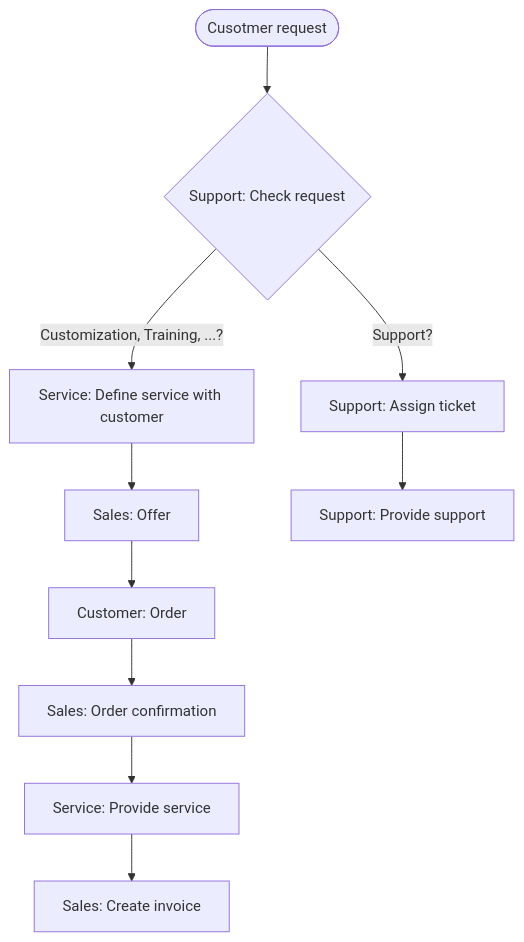
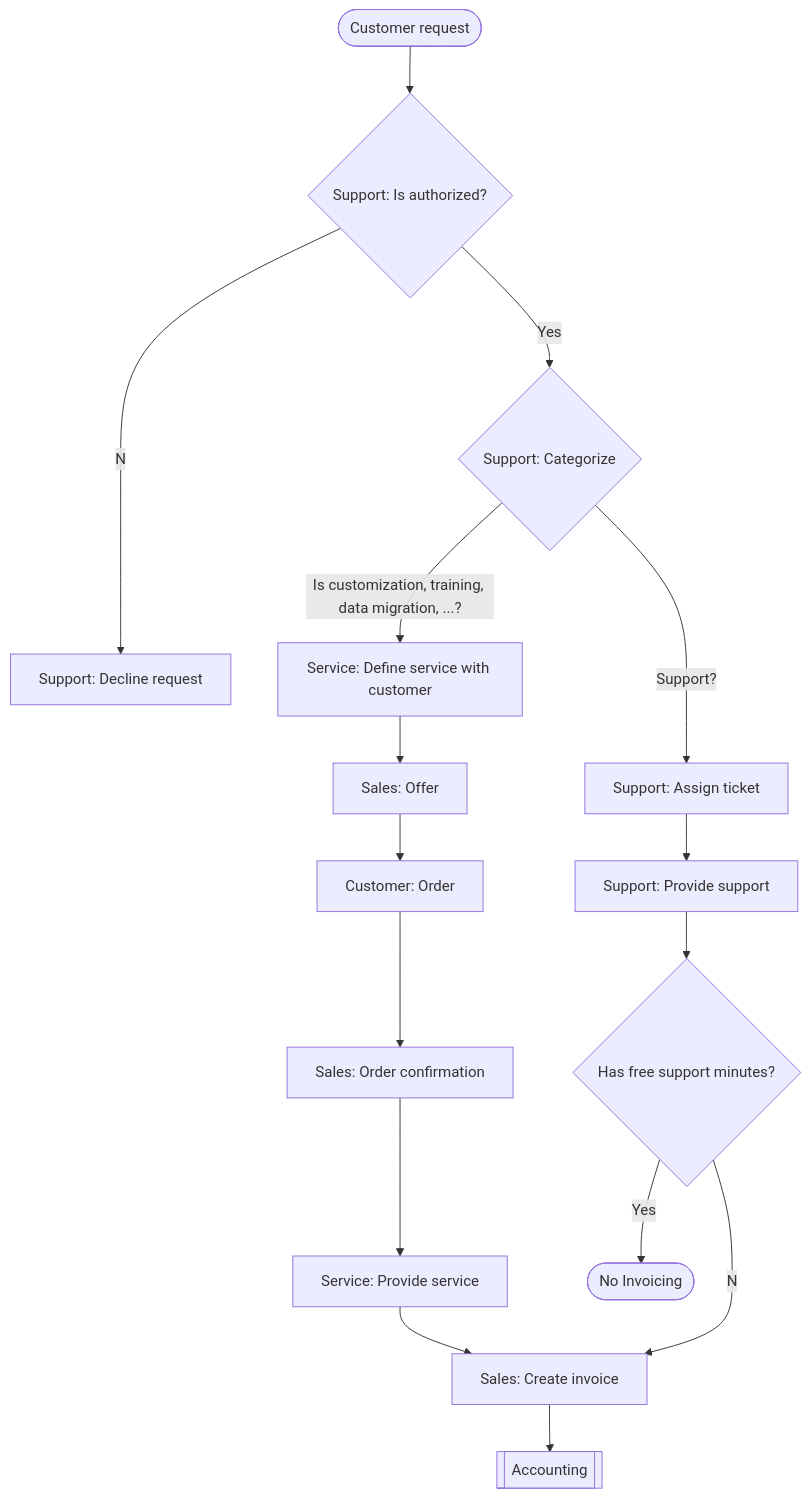
Before and after one commit to Karaka-Management/Organization-Guide: the diagram in Processes/04_Support & Service_Flowchart.md, drawn with Mermaid. The commit also changed 17 other files, not shown here.

````diff
--- a/Processes/04_Support & Service_Flowchart.md
+++ b/Processes/04_Support & Service_Flowchart.md
@@ -3,12 +3,18 @@
 ```mermaid
 graph TD;
-    REQUEST([Cusotmer request])-->CHECK_REQUEST{Support: Check request}
-    CHECK_REQUEST--Customization, Training, ...?-->DEFINE_SERVICE[Service: Define service with customer]
-    DEFINE_SERVICE-->OFFER[Sales: Offer]
-    OFFER-->ORDER[Customer: Order]
-    ORDER-->ORDER_COFIRMATION[Sales: Order confirmation]
-    ORDER_COFIRMATION-->PROVIDE_SERVICE[Service: Provide service]
-    PROVIDE_SERVICE-->INVOICE[Sales: Create invoice]
-    CHECK_REQUEST--Support?-->TICKET_ASSIGN[Support: Assign ticket]
-    TICKET_ASSIGN-->PROVIDE_SUPPORT[Support: Provide support]
+    REQUEST([Customer request])-->IS_AUTHORIZED{Support: Is authorized?}
+    IS_AUTHORIZED--Yes-->CHECK_REQUEST{Support: Categorize};
+    IS_AUTHORIZED--No-->DECLINE[Support: Decline request]
+    CHECK_REQUEST--Is customization, training, data migration, ...?-->DEFINE_SERVICE[Service: Define service with customer];
+    DEFINE_SERVICE-->OFFER[Sales: Offer];
+    OFFER-->ORDER[Customer: Order];
+    ORDER-->ORDER_COFIRMATION[Sales: Order confirmation];
+    ORDER_COFIRMATION-->PROVIDE_SERVICE[Service: Provide service];
+    PROVIDE_SERVICE-->INVOICE[Sales: Create invoice];
+    INVOICE-->ACCOUNTING[[Accounting]];
+    CHECK_REQUEST--Support?-->TICKET_ASSIGN[Support: Assign ticket];
+    TICKET_ASSIGN-->PROVIDE_SUPPORT[Support: Provide support];
+    PROVIDE_SUPPORT-->CHECK_INVOICING{Has free support minutes?};
+    CHECK_INVOICING--Yes-->NO_INVOICING([No Invoicing]);
+    CHECK_INVOICING--No-->INVOICE;
 ```
````
